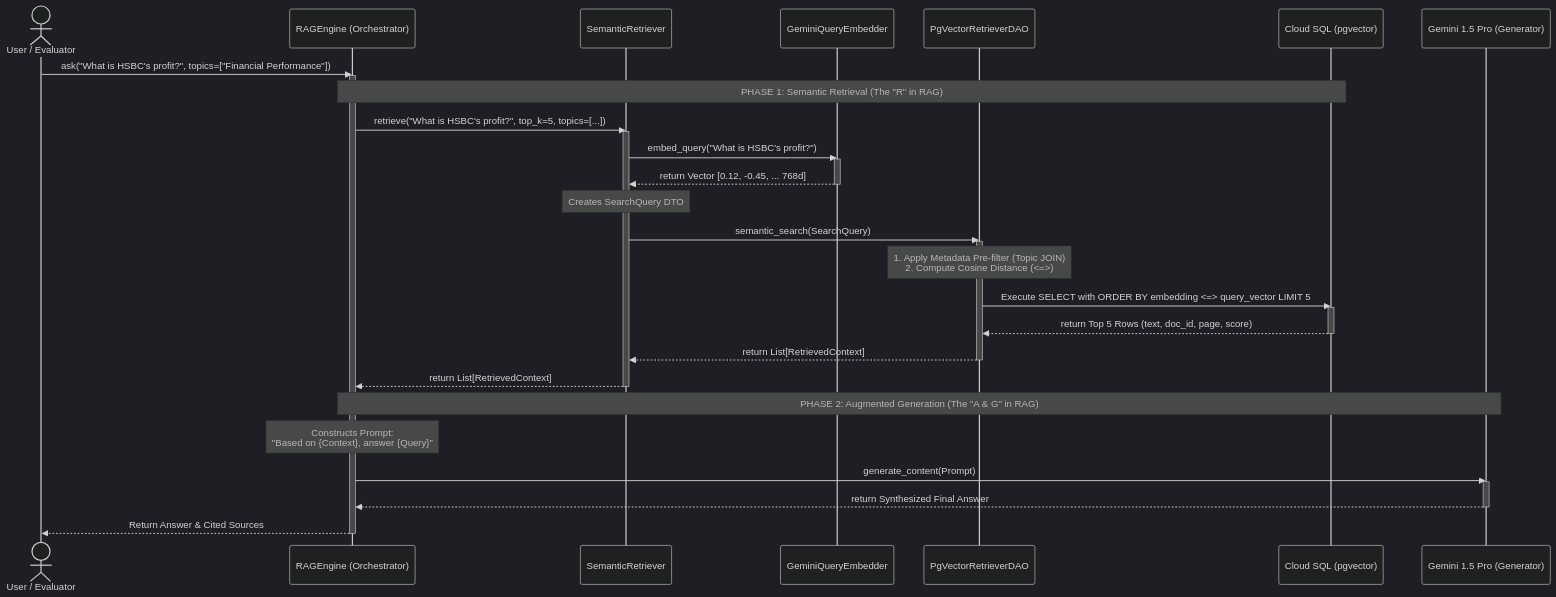
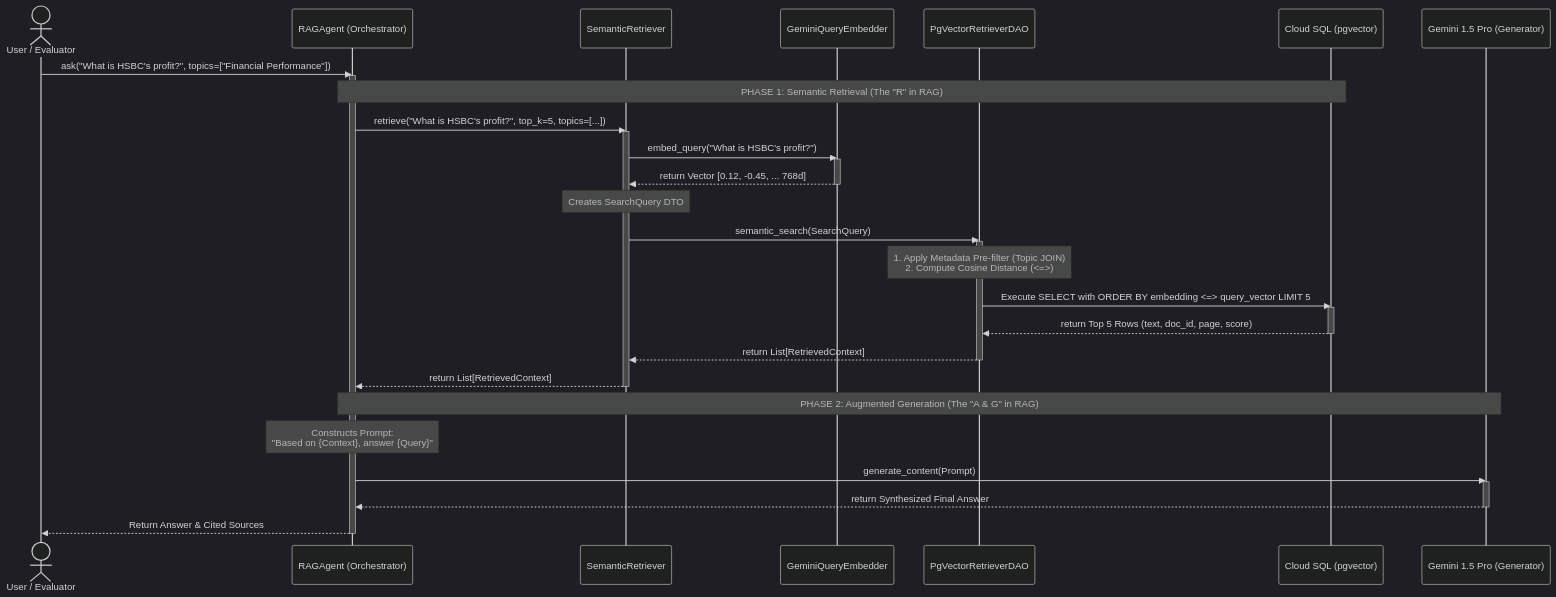
One commit to nvd11/automated-rag-evaluator changed the second of 2 diagrams in docs/phase2_retriever_architecture.md. Above: the diagram before and after it, drawn with Mermaid (dark theme).

Commit message:
docs(architecture): rename RAGEngine to RAGAgent to reflect modern agentic workflows

````diff
--- a/docs/phase2_retriever_architecture.md
+++ b/docs/phase2_retriever_architecture.md
@@ -82,51 +82,51 @@
 ```mermaid
 sequenceDiagram
     actor Client as User / Evaluator
-    participant RAG as RAGEngine (Orchestrator)
+    participant RAG as RAGAgent (Orchestrator)
     participant Retriever as SemanticRetriever
     participant Embedder as GeminiQueryEmbedder
     participant DAO as PgVectorRetrieverDAO
     participant DB as Cloud SQL (pgvector)
     participant LLM as Gemini 1.5 Pro (Generator)
 
     Client->>RAG: ask("What is HSBC's profit?", topics=["Financial Performance"])
     activate RAG
 
     %% PHASE 1: Retrieval
     Note over RAG, DB: PHASE 1: Semantic Retrieval (The "R" in RAG)
     RAG->>Retriever: retrieve("What is HSBC's profit?", top_k=5, topics=[...])
     activate Retriever
     
     Retriever->>Embedder: embed_query("What is HSBC's profit?")
     activate Embedder
     Embedder-->>Retriever: return Vector [0.12, -0.45, ... 768d]
     deactivate Embedder
     
     Note over Retriever: Creates SearchQuery DTO
     Retriever->>DAO: semantic_search(SearchQuery)
     activate DAO
     
     Note over DAO: 1. Apply Metadata Pre-filter (Topic JOIN)<br/>2. Compute Cosine Distance (<=>)
     DAO->>DB: Execute SELECT with ORDER BY embedding <=> query_vector LIMIT 5
     activate DB
     DB-->>DAO: return Top 5 Rows (text, doc_id, page, score)
     deactivate DB
     
     DAO-->>Retriever: return List[RetrievedContext]
     deactivate DAO
     
     Retriever-->>RAG: return List[RetrievedContext]
     deactivate Retriever
 
     %% PHASE 2: Generation
     Note over RAG, LLM: PHASE 2: Augmented Generation (The "A & G" in RAG)
     Note over RAG: Constructs Prompt:<br/>"Based on {Context}, answer {Query}"
     
     RAG->>LLM: generate_content(Prompt)
     activate LLM
     LLM-->>RAG: return Synthesized Final Answer
     deactivate LLM
     
     RAG-->>Client: Return Answer & Cited Sources
     deactivate RAG
 ```
````
